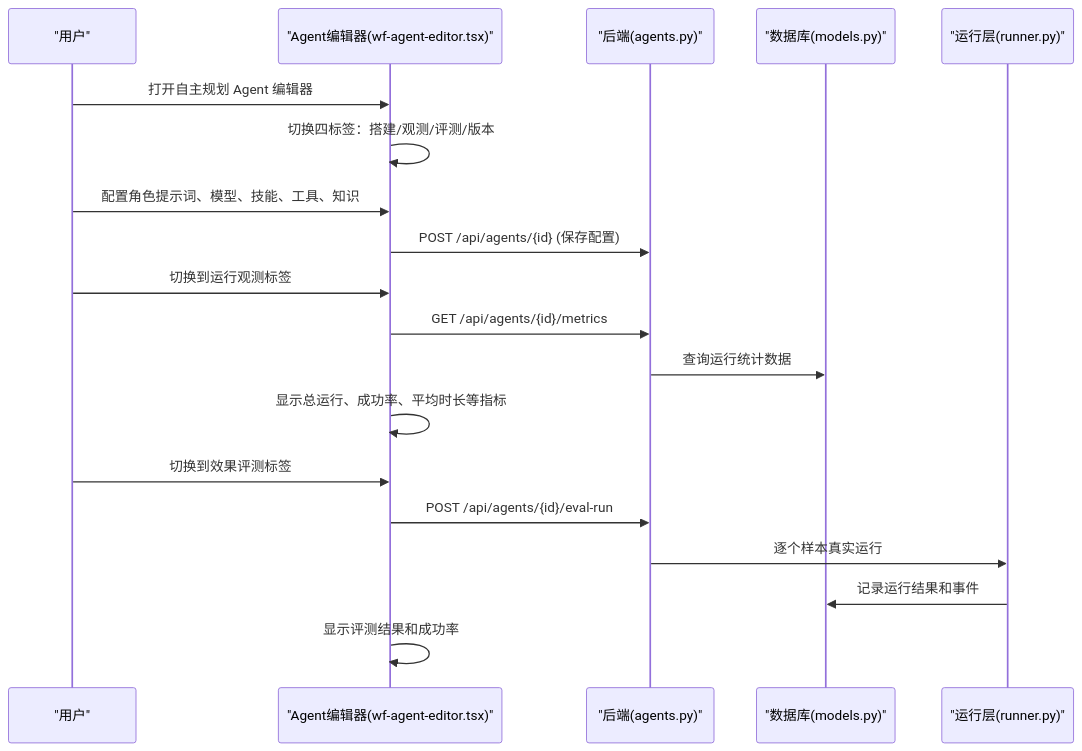
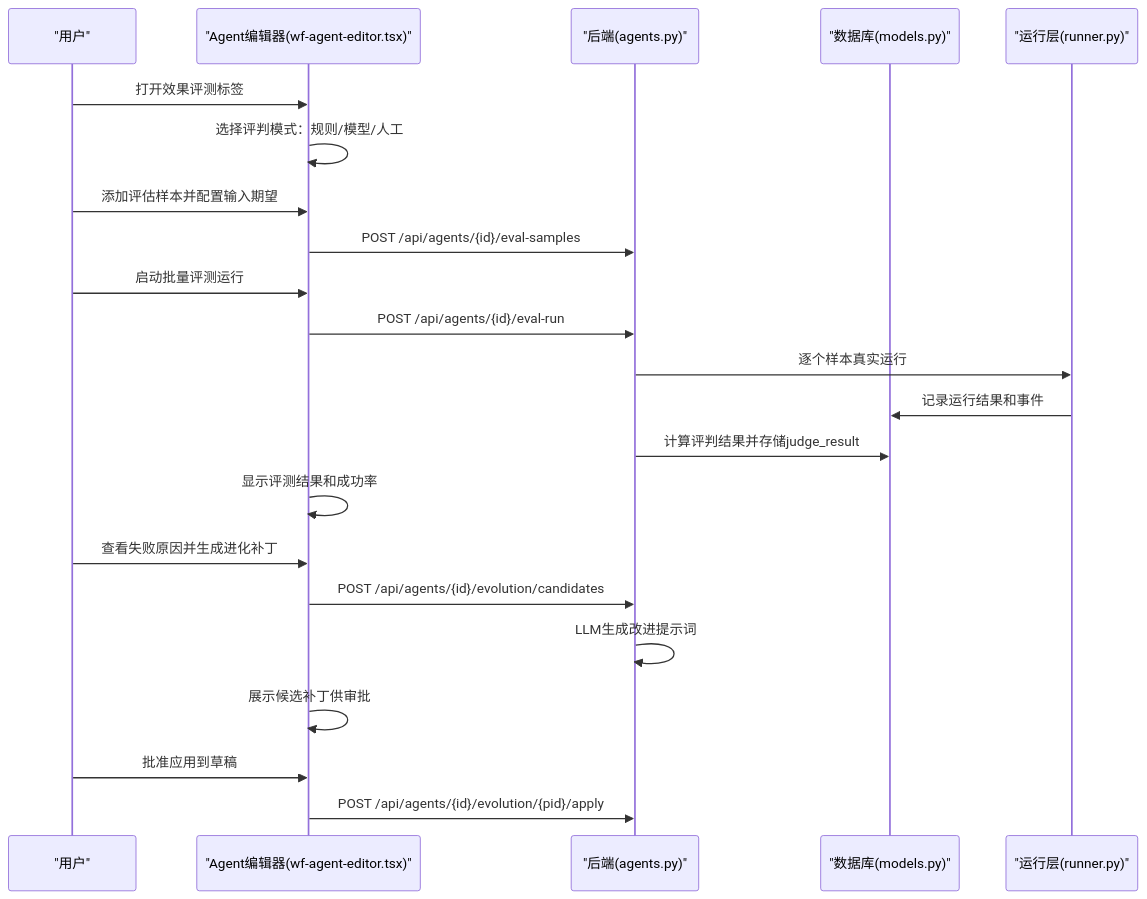
The first of 3 diagrams in .qoder/repowiki/zh/content/Agent 与工作流域.md (huiliuxu780/MoreThanCorn), drawn with Mermaid before and after one commit. The commit also changed other lines of this file and 102 other files, not shown here.

````diff
--- a/.qoder/repowiki/zh/content/Agent 与工作流域.md
+++ b/.qoder/repowiki/zh/content/Agent 与工作流域.md
@@ -61,21 +57,24 @@
 ```mermaid
 sequenceDiagram
 participant U as "用户"
 participant FE as "Agent编辑器(wf-agent-editor.tsx)"
 participant API as "后端(agents.py)"
 participant DB as "数据库(models.py)"
 participant RUN as "运行层(runner.py)"
-U->>FE : 打开自主规划 Agent 编辑器
-FE->>FE : 切换四标签：搭建/观测/评测/版本
-U->>FE : 配置角色提示词、模型、技能、工具、知识
-FE->>API : POST /api/agents/{id} (保存配置)
-U->>FE : 切换到运行观测标签
-FE->>API : GET /api/agents/{id}/metrics
-API->>DB : 查询运行统计数据
-FE->>FE : 显示总运行、成功率、平均时长等指标
-U->>FE : 切换到效果评测标签
+U->>FE : 打开效果评测标签
+FE->>FE : 选择评判模式：规则/模型/人工
+U->>FE : 添加评估样本并配置输入期望
+FE->>API : POST /api/agents/{id}/eval-samples
+U->>FE : 启动批量评测运行
 FE->>API : POST /api/agents/{id}/eval-run
 API->>RUN : 逐个样本真实运行
 RUN->>DB : 记录运行结果和事件
+API->>DB : 计算评判结果并存储judge_result
 FE->>FE : 显示评测结果和成功率
+U->>FE : 查看失败原因并生成进化补丁
+FE->>API : POST /api/agents/{id}/evolution/candidates
+API->>API : LLM生成改进提示词
+FE->>FE : 展示候选补丁供审批
+U->>FE : 批准应用到草稿
+FE->>API : POST /api/agents/{id}/evolution/{pid}/apply
 ```
````
